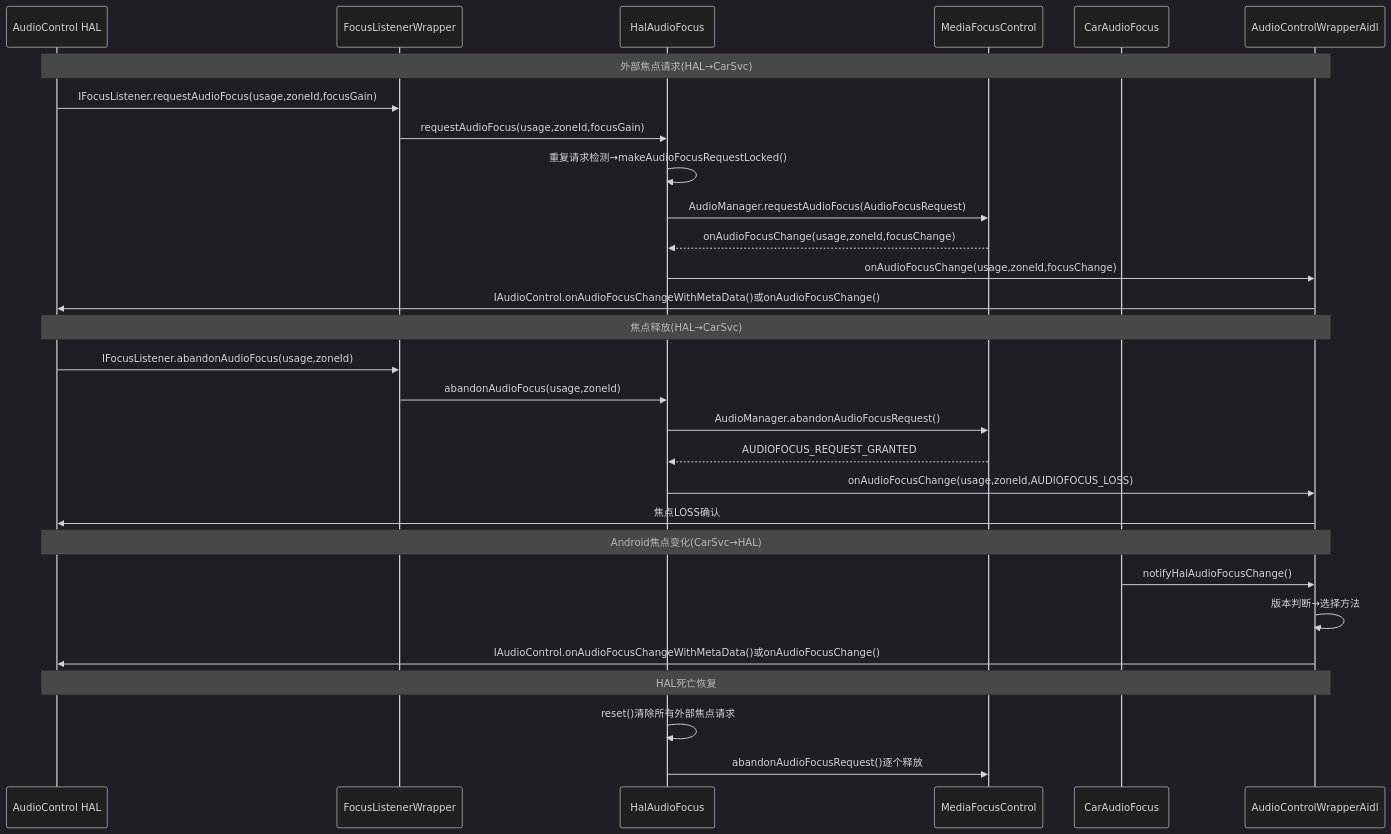
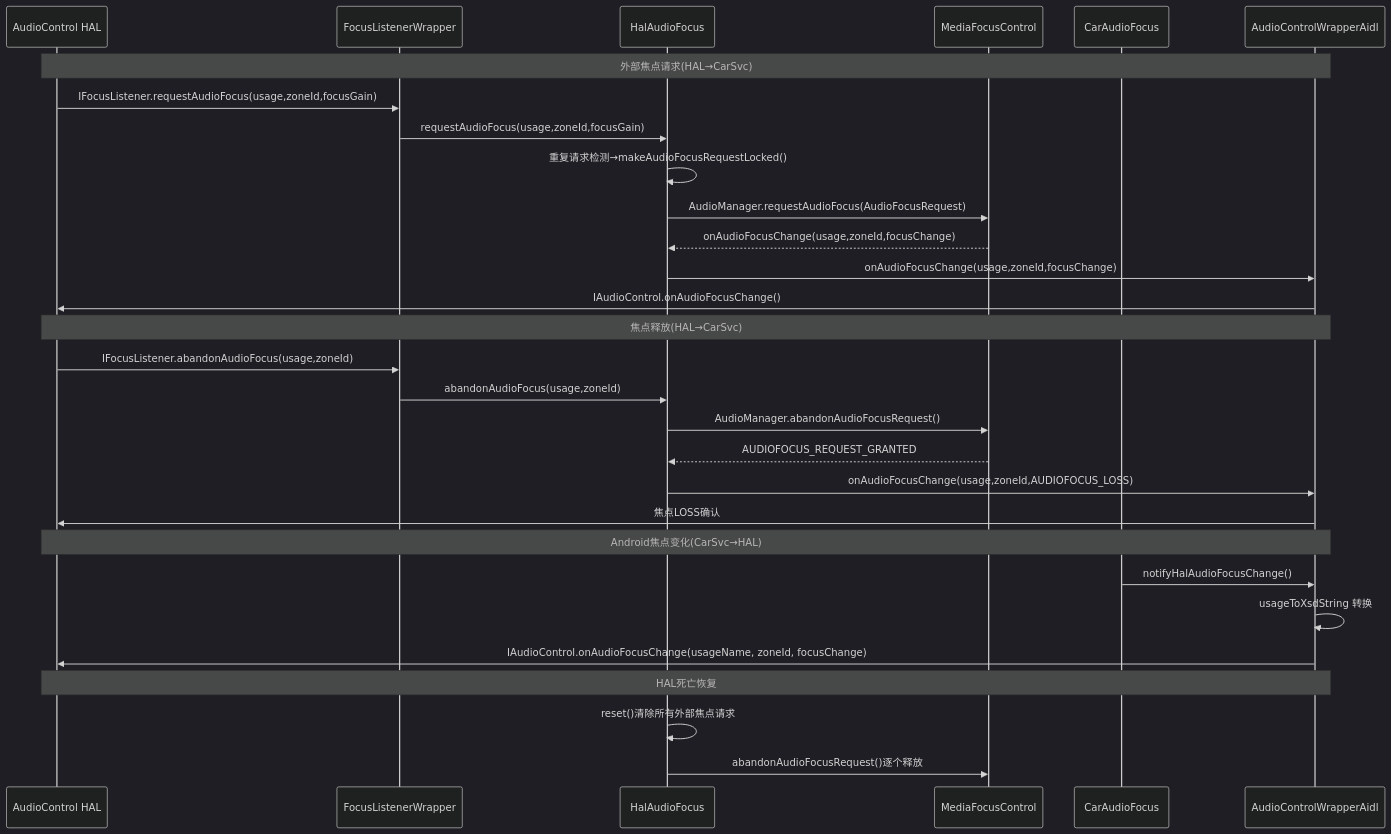
One commit to yanglinzhen1022/SA8295_AAOS_QNX_Audio_KnowledgeBase changed the fifth of 5 diagrams in 10_AudioControl_HAL/10_10.3_焦点回调流程.md. Above: the diagram before and after it, drawn with Mermaid (dark theme). The commit also changed other lines of this file and 16 other files, not shown here.

````diff
--- a/10_AudioControl_HAL/10_10.3_焦点回调流程.md
+++ b/10_AudioControl_HAL/10_10.3_焦点回调流程.md
@@ -300,35 +323,35 @@
 ```mermaid
 sequenceDiagram
     participant HAL as AudioControl HAL
     participant FLW as FocusListenerWrapper
     participant HAF as HalAudioFocus
     participant MFC as MediaFocusControl
     participant CAF as CarAudioFocus
     participant ACW as AudioControlWrapperAidl
 
     Note over HAL,ACW: 外部焦点请求(HAL→CarSvc)
     HAL->>FLW: IFocusListener.requestAudioFocus(usage,zoneId,focusGain)
     FLW->>HAF: requestAudioFocus(usage,zoneId,focusGain)
     HAF->>HAF: 重复请求检测→makeAudioFocusRequestLocked()
     HAF->>MFC: AudioManager.requestAudioFocus(AudioFocusRequest)
     MFC-->>HAF: onAudioFocusChange(usage,zoneId,focusChange)
     HAF->>ACW: onAudioFocusChange(usage,zoneId,focusChange)
-    ACW->>HAL: IAudioControl.onAudioFocusChangeWithMetaData()或onAudioFocusChange()
+    ACW->>HAL: IAudioControl.onAudioFocusChange()
 
     Note over HAL,ACW: 焦点释放(HAL→CarSvc)
     HAL->>FLW: IFocusListener.abandonAudioFocus(usage,zoneId)
     FLW->>HAF: abandonAudioFocus(usage,zoneId)
     HAF->>MFC: AudioManager.abandonAudioFocusRequest()
     MFC-->>HAF: AUDIOFOCUS_REQUEST_GRANTED
     HAF->>ACW: onAudioFocusChange(usage,zoneId,AUDIOFOCUS_LOSS)
     ACW->>HAL: 焦点LOSS确认
 
     Note over HAL,ACW: Android焦点变化(CarSvc→HAL)
     CAF->>ACW: notifyHalAudioFocusChange()
-    ACW->>ACW: 版本判断→选择方法
-    ACW->>HAL: IAudioControl.onAudioFocusChangeWithMetaData()或onAudioFocusChange()
+    ACW->>ACW: usageToXsdString 转换
+    ACW->>HAL: IAudioControl.onAudioFocusChange(usageName, zoneId, focusChange)
 
     Note over HAL,ACW: HAL死亡恢复
     HAF->>HAF: reset()清除所有外部焦点请求
     HAF->>MFC: abandonAudioFocusRequest()逐个释放
 ```
````
